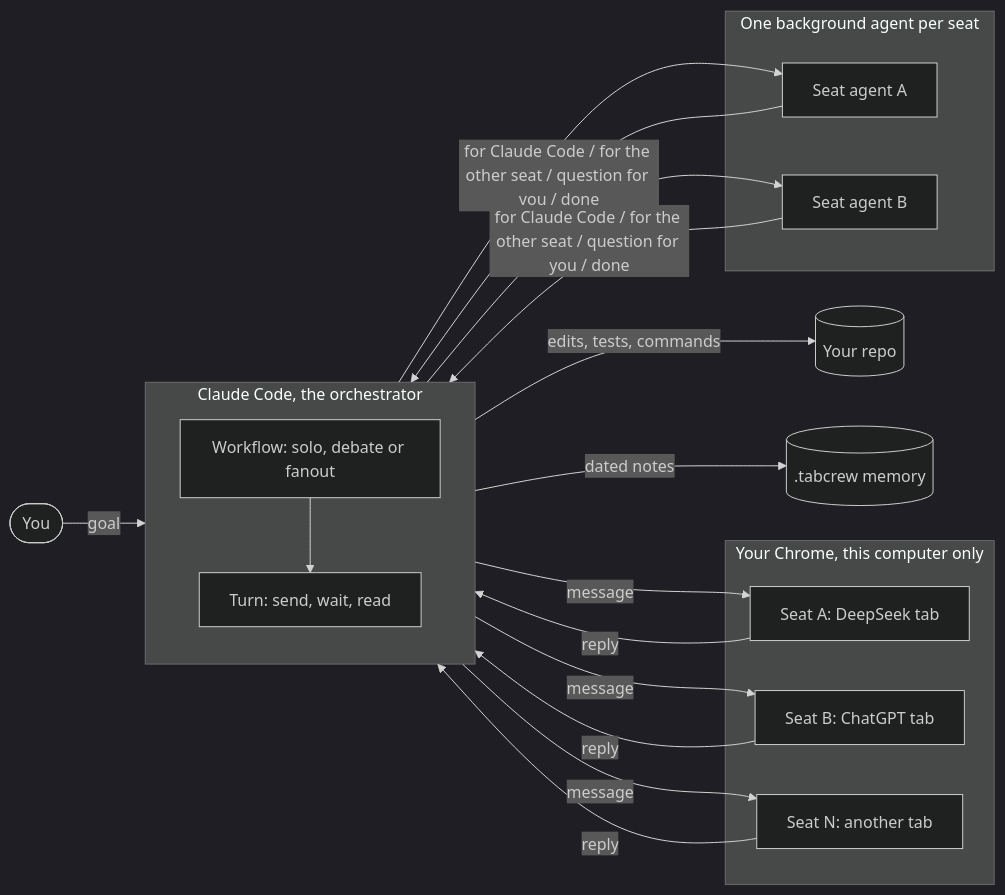
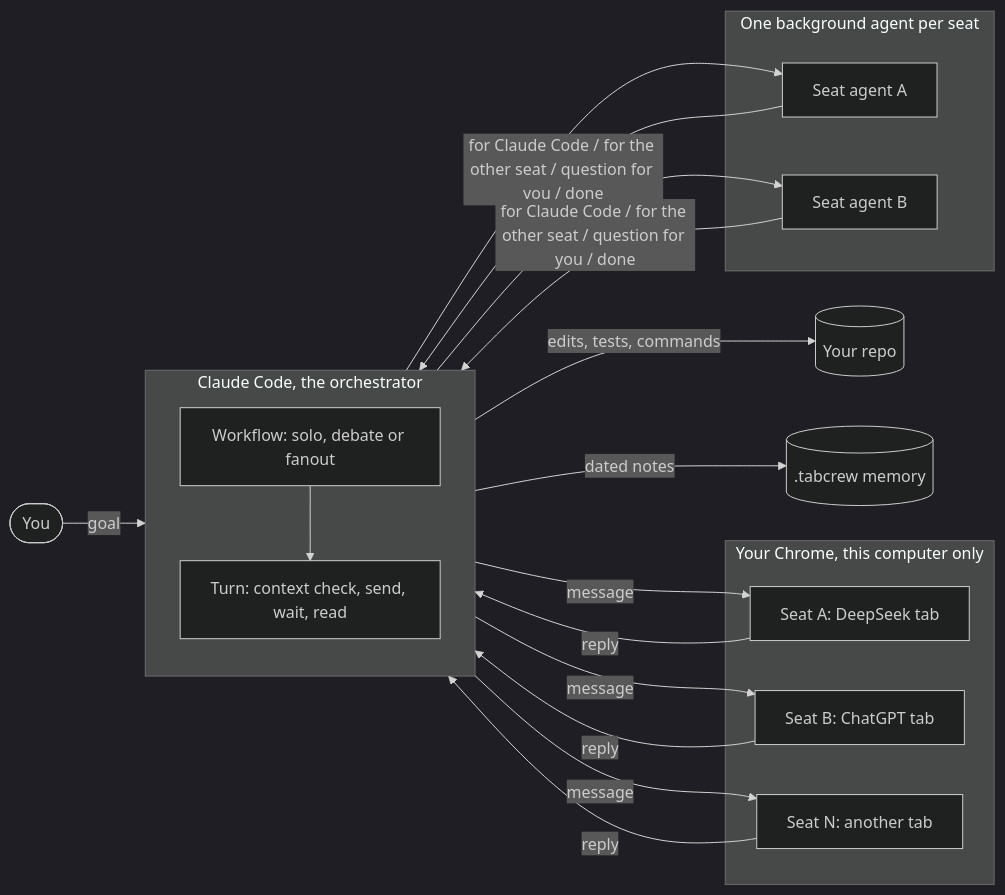
Before and after one commit to fatih255/tabcrew: the first of 3 diagrams in README.md, drawn with Mermaid (dark theme). The commit also changed other lines of this file and 4 other files, not shown here.

````diff
--- a/README.md
+++ b/README.md
@@ -53,29 +53,29 @@
 ```mermaid
 flowchart LR
     U([You]) -->|goal| CC
 
     subgraph CC[Claude Code, the orchestrator]
         direction TB
         W[Workflow: solo, debate or fanout]
-        T[Turn: send, wait, read]
+        T[Turn: context check, send, wait, read]
         W --> T
     end
 
     subgraph Chrome[Your Chrome, this computer only]
         A[Seat A: DeepSeek tab]
         B[Seat B: ChatGPT tab]
         N[Seat N: another tab]
     end
 
     subgraph Agents[One background agent per seat]
         RA[Seat agent A]
         RB[Seat agent B]
     end
 
     T -->|message| A & B & N
     A & B & N -->|reply| T
     T --> RA & RB
     RA & RB -->|"for Claude Code / for the other seat / question for you / done"| CC
     CC -->|edits, tests, commands| Repo[(Your repo)]
     CC -->|dated notes| Mem[(.tabcrew memory)]
 ```
````
